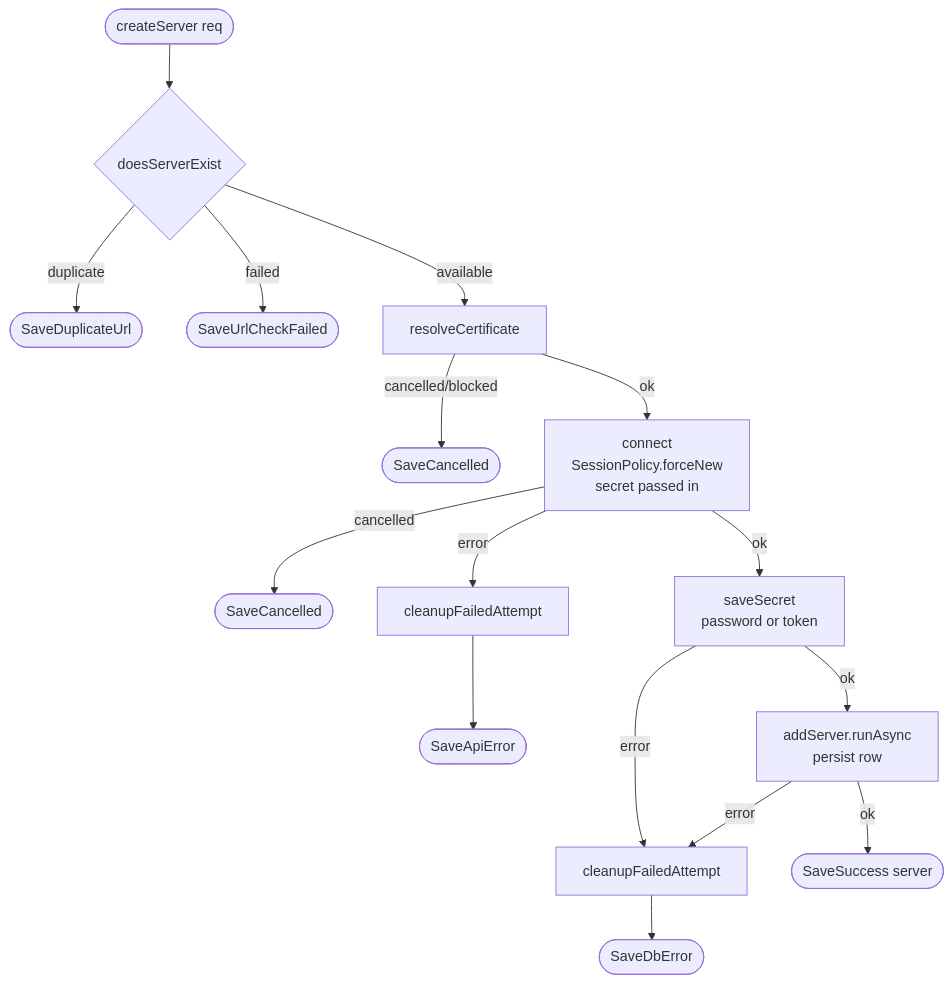
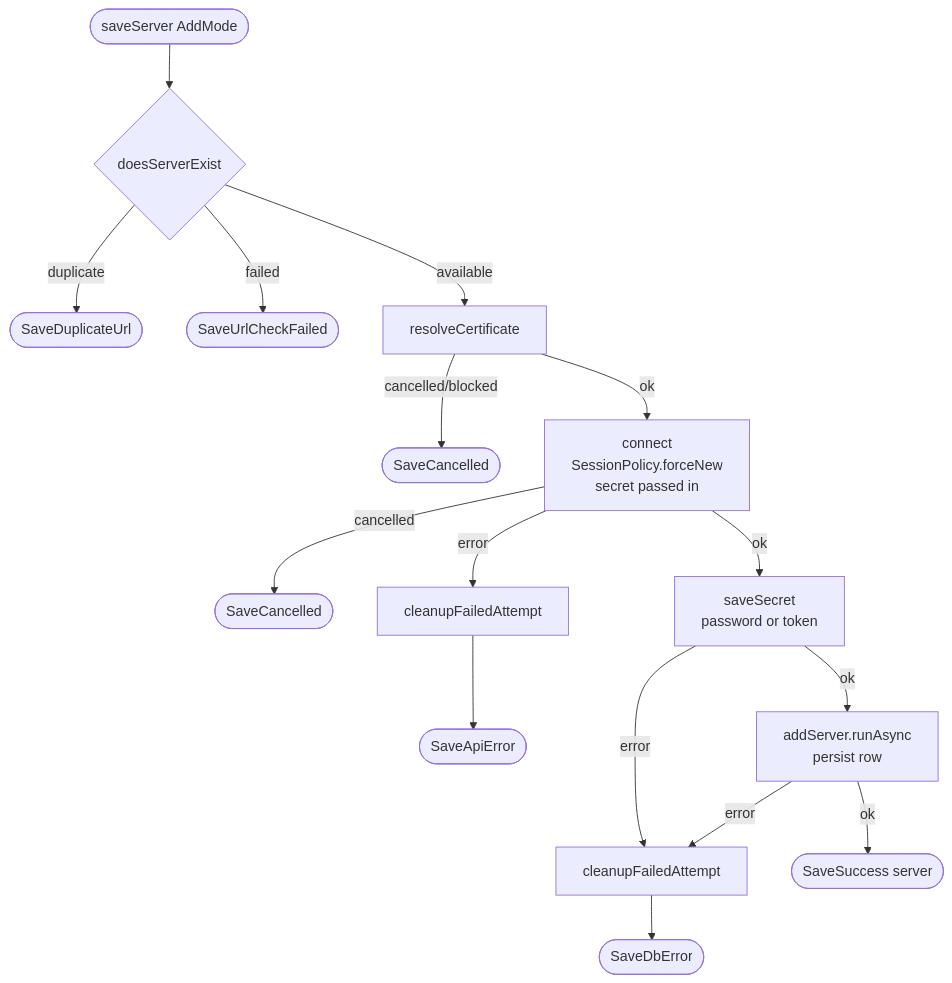
Before and after one commit to tsutsu3/pi-hole-client: the second of 8 diagrams in docs/server-connection-flow.md, drawn with Mermaid. The commit also changed other lines of this file and 3 other files, not shown here.

````diff
--- a/docs/server-connection-flow.md
+++ b/docs/server-connection-flow.md
@@ -72,16 +72,16 @@
 ```mermaid
 flowchart TD
-  A([createServer req]) --> B{doesServerExist}
+  A([saveServer AddMode]) --> B{doesServerExist}
   B -- duplicate --> BD([SaveDuplicateUrl])
   B -- failed --> BF([SaveUrlCheckFailed])
   B -- available --> D[resolveCertificate]
   D -- cancelled/blocked --> DX([SaveCancelled])
   D -- ok --> C[connect<br/>SessionPolicy.forceNew<br/>secret passed in]
   C -- cancelled --> CX([SaveCancelled])
   C -- error --> CE[cleanupFailedAttempt] --> CA([SaveApiError])
   C -- ok --> S[saveSecret<br/>password or token]
   S -- error --> F[cleanupFailedAttempt] --> DB([SaveDbError])
   S -- ok --> M[addServer.runAsync<br/>persist row]
   M -- error --> F
   M -- ok --> J([SaveSuccess server])
 ```
````
